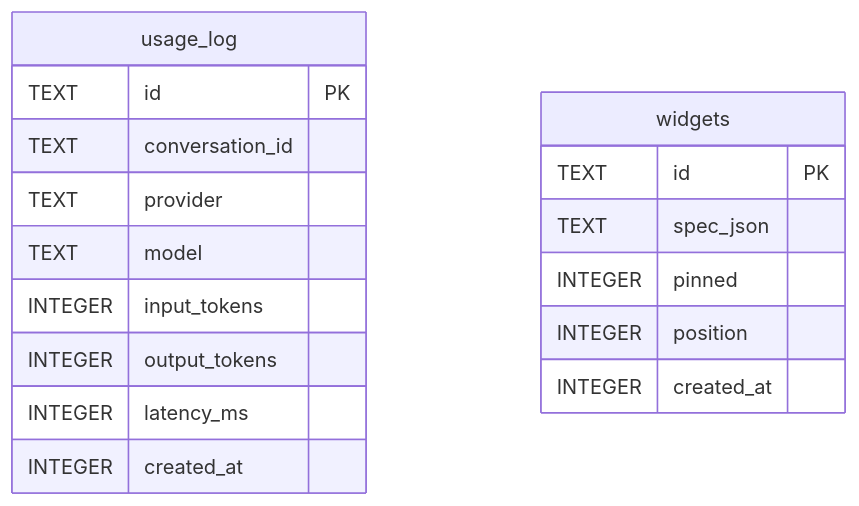
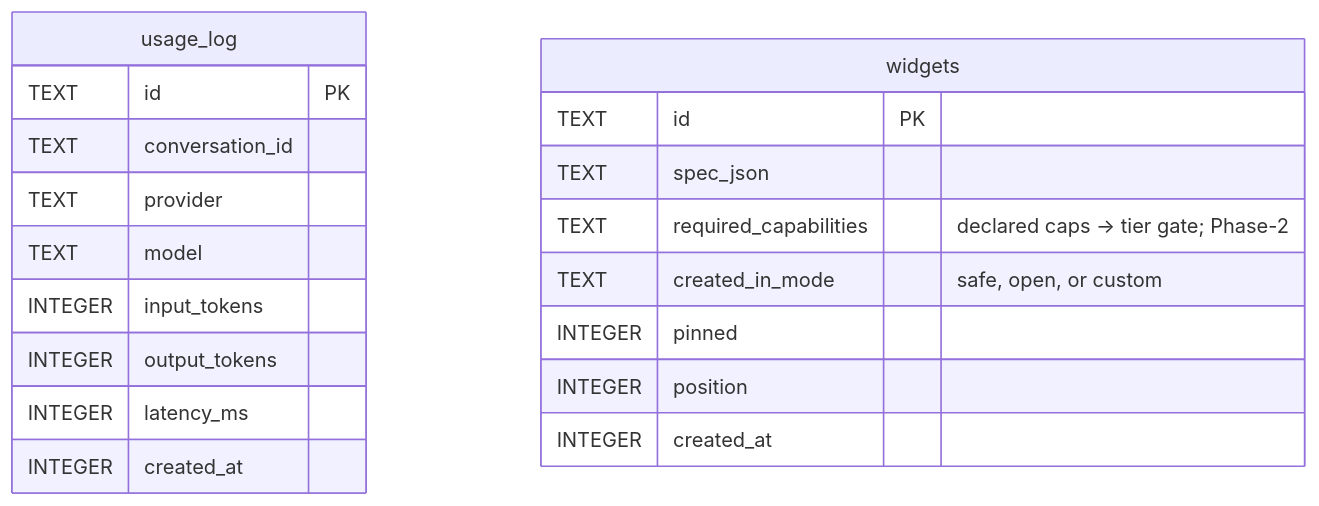
One commit to N041M/Addison changed the third of 3 diagrams in docs/data-model.md. Above: the diagram before and after it, drawn with Mermaid. The commit also changed other lines of this file and 8 other files, not shown here.

````diff
--- a/docs/data-model.md
+++ b/docs/data-model.md
@@ -145,20 +213,22 @@
 ```mermaid
 erDiagram
     usage_log {
         TEXT id PK
         TEXT conversation_id
         TEXT provider
         TEXT model
         INTEGER input_tokens
         INTEGER output_tokens
         INTEGER latency_ms
         INTEGER created_at
     }
     widgets {
         TEXT id PK
         TEXT spec_json
+        TEXT required_capabilities "declared caps -> tier gate; Phase-2"
+        TEXT created_in_mode "safe, open, or custom"
         INTEGER pinned
         INTEGER position
         INTEGER created_at
     }
 ```
````
